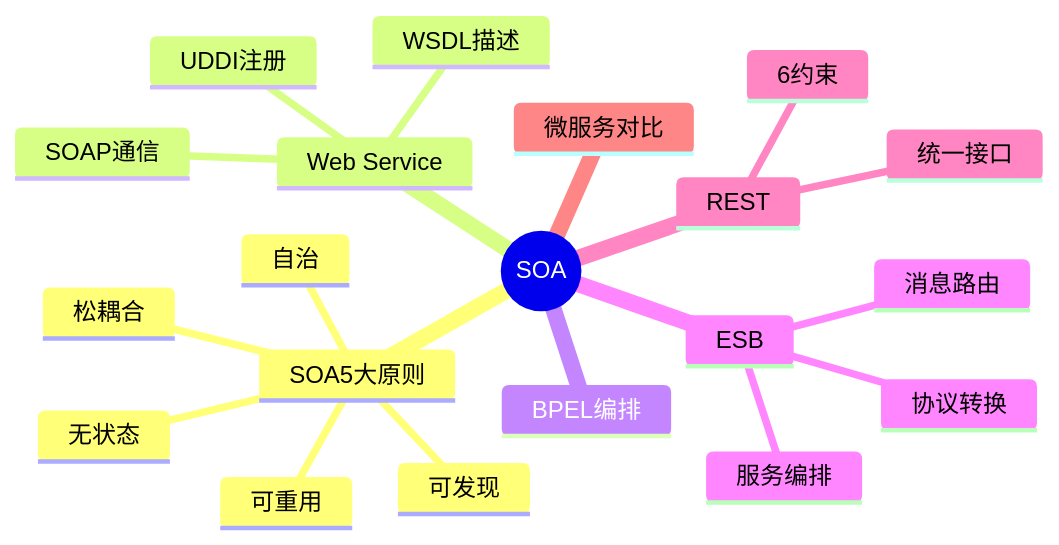
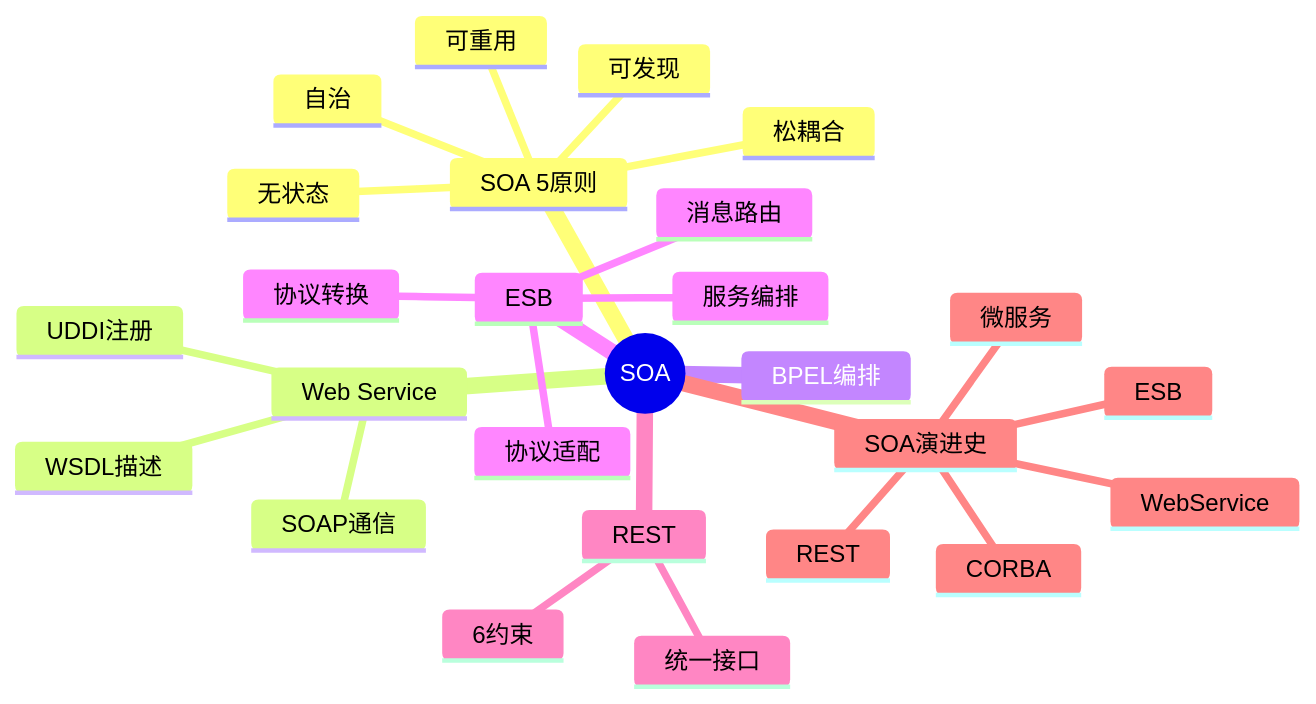
The diagram in 02-案例分析/05-面向服务架构设计.md (wanlinruo/system-architect-exam-prep), drawn with Mermaid before and after one commit. The commit also changed other lines of this file, not shown here.

````diff
--- a/02-案例分析/05-面向服务架构设计.md
+++ b/02-案例分析/05-面向服务架构设计.md
@@ -43,23 +47,29 @@
 ```mermaid
 mindmap
   root((SOA))
-    SOA5大原则
+    SOA 5原则
       松耦合
       可重用
       自治
       无状态
       可发现
     Web Service
       WSDL描述
       SOAP通信
       UDDI注册
     BPEL编排
     ESB
       消息路由
       协议转换
       服务编排
+      协议适配
     REST
       6约束
       统一接口
-    微服务对比
+    SOA演进史
+      CORBA
+      WebService
+      ESB
+      REST
+      微服务
 ```
````
